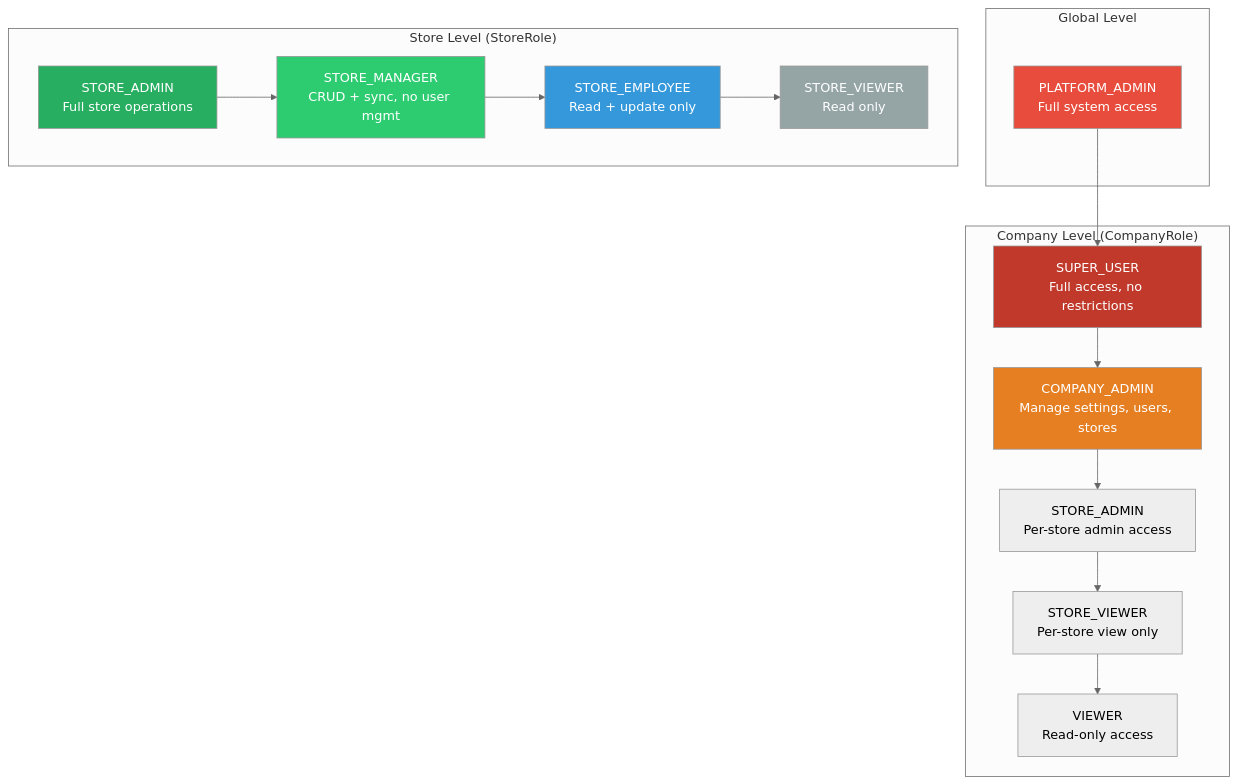
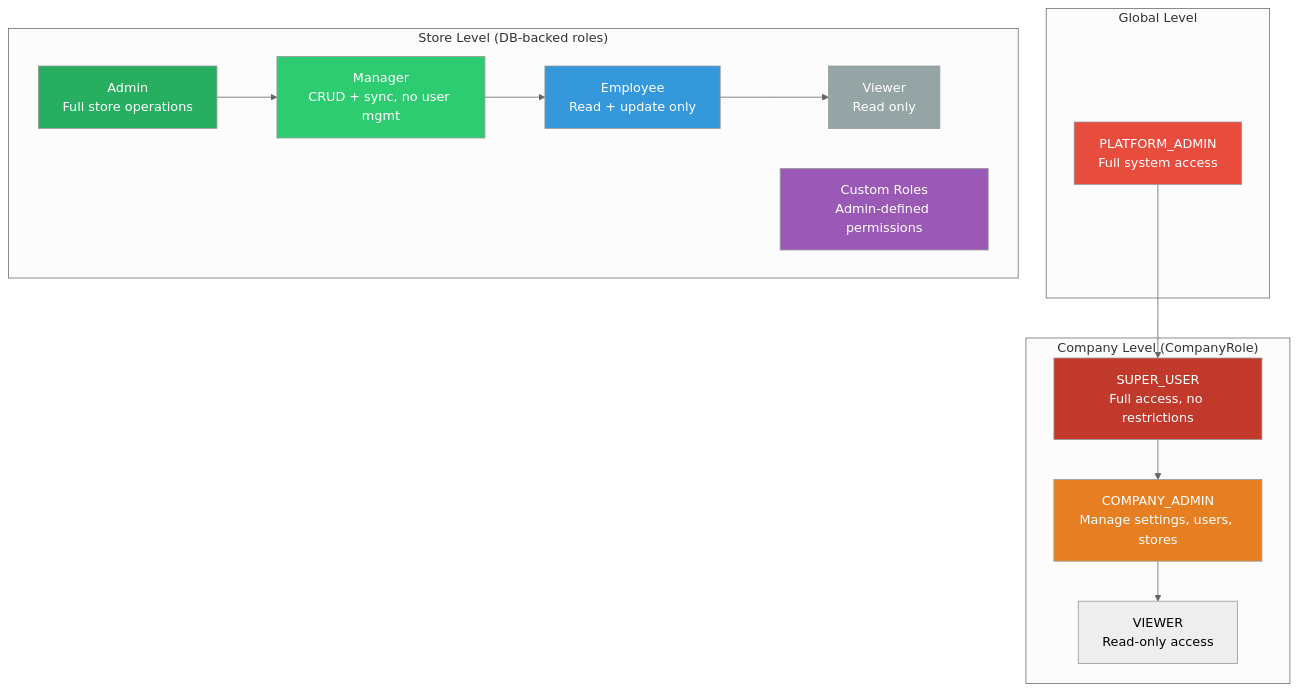
One commit to AvivElectis/electisSpace changed the fourth of 5 diagrams in docs/wiki/Chapter-7-—-Security,-Auth-&-Access-Control.md. Above: the diagram before and after it, drawn with Mermaid (neutral theme). The commit also changed other lines of this file and 6 other files, not shown here.

````diff
--- a/docs/wiki/Chapter-7-—-Security,-Auth-&-Access-Control.md
+++ b/docs/wiki/Chapter-7-—-Security,-Auth-&-Access-Control.md
@@ -113,38 +115,36 @@
 ```mermaid
 graph TB
     subgraph "Global Level"
         PA[PLATFORM_ADMIN<br/>Full system access]
     end
 
     subgraph "Company Level (CompanyRole)"
         SU[SUPER_USER<br/>Full access, no restrictions]
         CA[COMPANY_ADMIN<br/>Manage settings, users, stores]
-        CSA[STORE_ADMIN<br/>Per-store admin access]
-        CSV[STORE_VIEWER<br/>Per-store view only]
         CV[VIEWER<br/>Read-only access]
     end
 
-    subgraph "Store Level (StoreRole)"
-        SA[STORE_ADMIN<br/>Full store operations]
-        SM[STORE_MANAGER<br/>CRUD + sync, no user mgmt]
-        SE[STORE_EMPLOYEE<br/>Read + update only]
-        SV[STORE_VIEWER<br/>Read only]
+    subgraph "Store Level (DB-backed roles)"
+        SA[Admin<br/>Full store operations]
+        SM[Manager<br/>CRUD + sync, no user mgmt]
+        SE[Employee<br/>Read + update only]
+        SV[Viewer<br/>Read only]
+        CR[Custom Roles<br/>Admin-defined permissions]
     end
 
     PA --> SU
     SU --> CA
-    CA --> CSA
-    CSA --> CSV
-    CSV --> CV
+    CA --> CV
     SA --> SM
     SM --> SE
     SE --> SV
 
     style PA fill:#e74c3c,color:#fff
     style SU fill:#c0392b,color:#fff
     style CA fill:#e67e22,color:#fff
     style SA fill:#27ae60,color:#fff
     style SM fill:#2ecc71,color:#fff
     style SE fill:#3498db,color:#fff
     style SV fill:#95a5a6,color:#fff
+    style CR fill:#9b59b6,color:#fff
 ```
````
